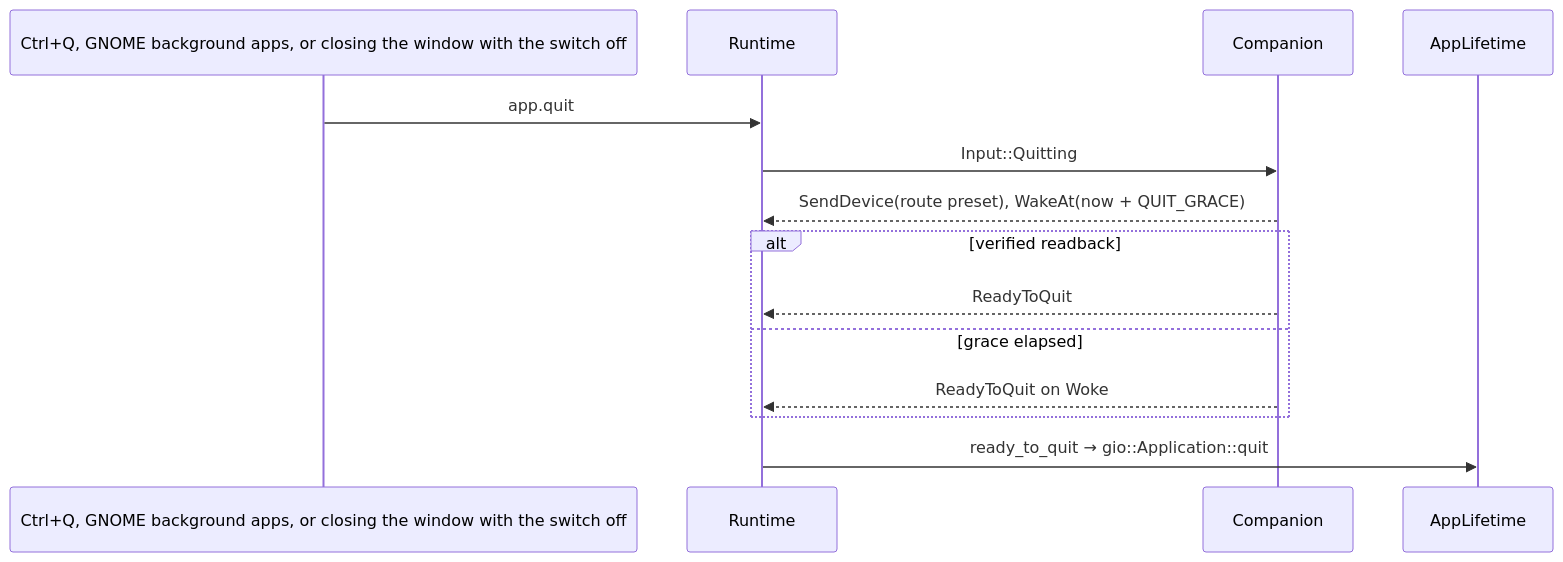
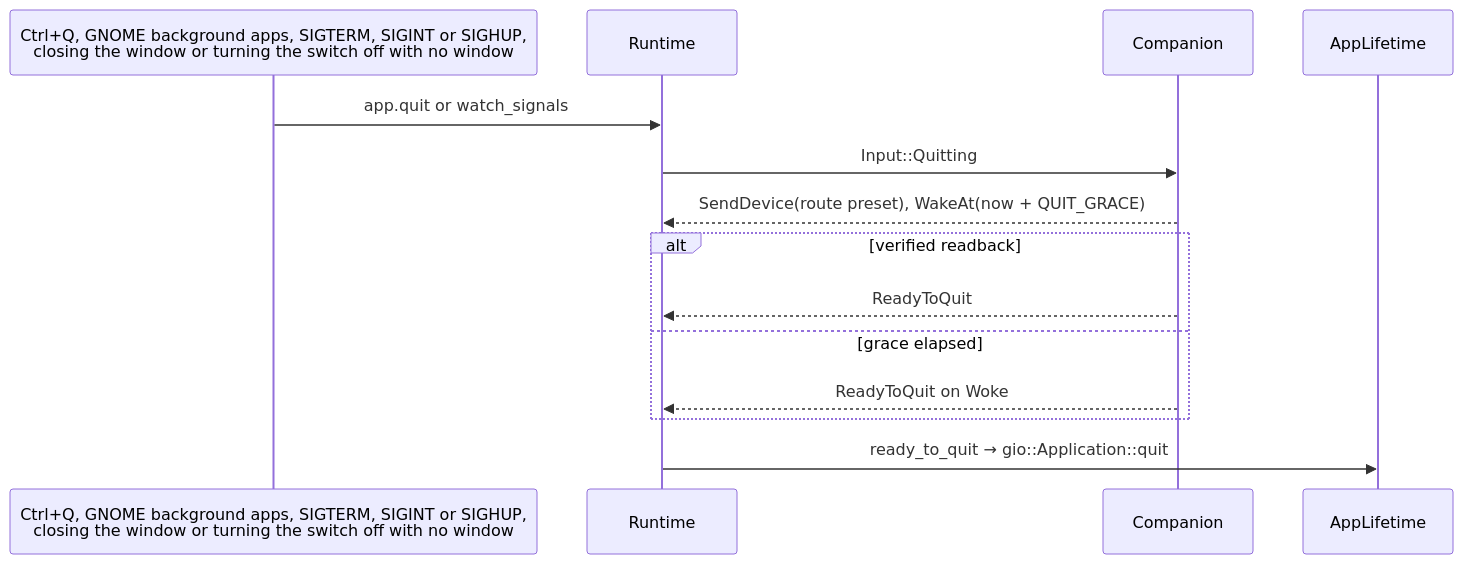
The sixth of 6 diagrams in docs/architecture/app.md (marcelogm/arctis-companion), drawn with Mermaid before and after one commit. The commit also changed other lines of this file and 8 other files, not shown here.

Commit message:
fix(app): quit through the companion on termination signals and a windowless release

````diff
--- a/docs/architecture/app.md
+++ b/docs/architecture/app.md
@@ -149,16 +151,16 @@
 ```mermaid
 sequenceDiagram
-    participant U as Ctrl+Q, GNOME background apps, or closing the window with the switch off
+    participant U as Ctrl+Q, GNOME background apps, SIGTERM, SIGINT or SIGHUP,<br/>closing the window or turning the switch off with no window
     participant R as Runtime
     participant C as Companion
     participant L as AppLifetime
-    U->>R: app.quit
+    U->>R: app.quit or watch_signals
     R->>C: Input::Quitting
     C-->>R: SendDevice(route preset), WakeAt(now + QUIT_GRACE)
     alt verified readback
         C-->>R: ReadyToQuit
     else grace elapsed
         C-->>R: ReadyToQuit on Woke
     end
     R->>L: ready_to_quit → gio::Application::quit
 ```
````
